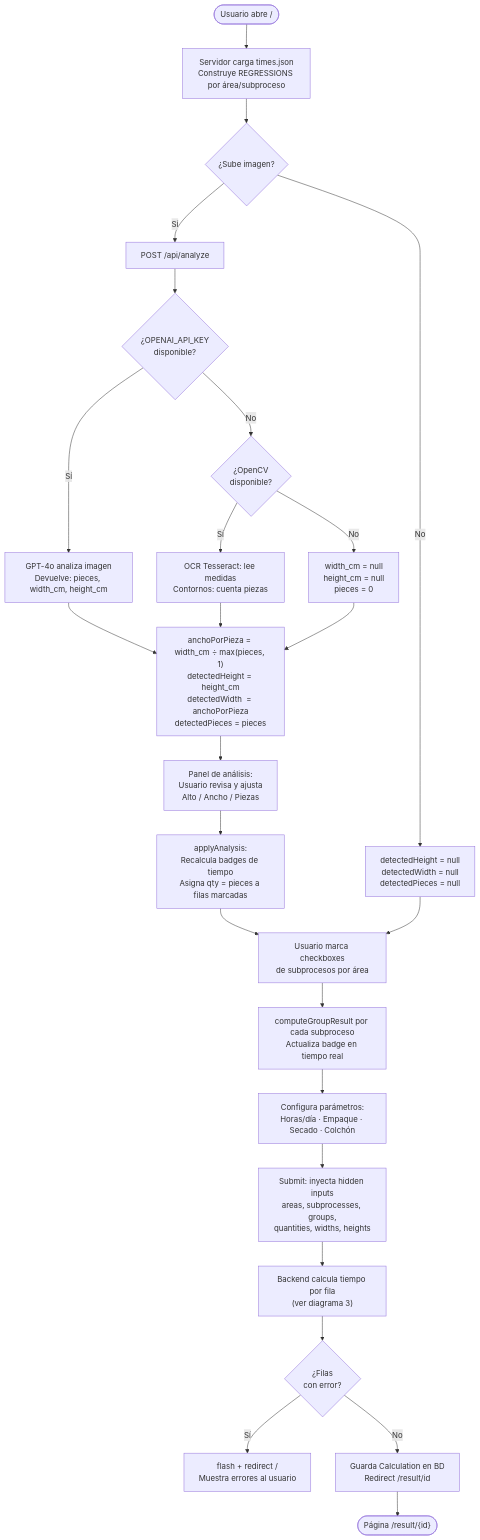
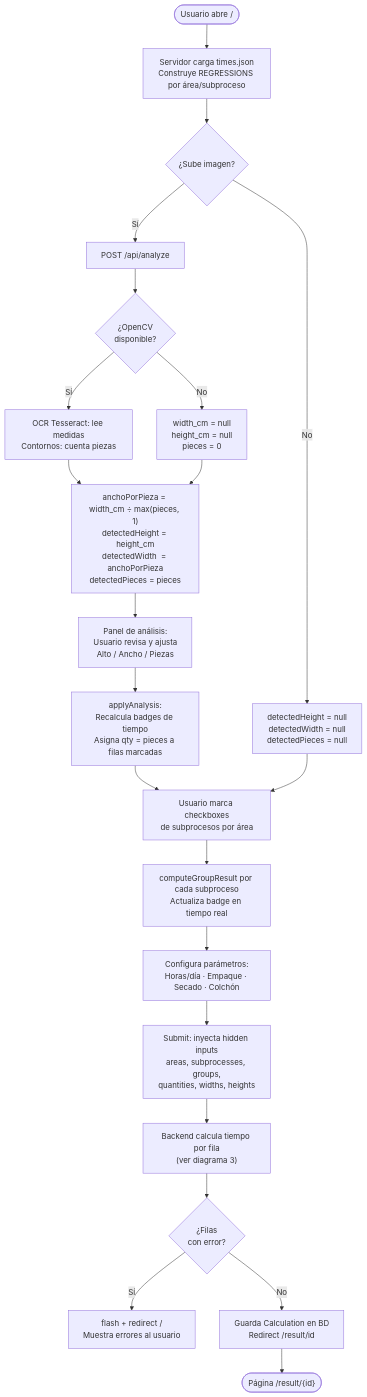
One commit to sistemas3-boop/Calculadora changed the first of 6 diagrams in DIAGRAMA.md. Above: the diagram before and after it, drawn with Mermaid. The commit also changed other lines of this file and 23 other files, not shown here.

````diff
--- a/DIAGRAMA.md
+++ b/DIAGRAMA.md
@@ -9,50 +9,45 @@
 ```mermaid
 flowchart TD
     START(["Usuario abre /"])
     LOAD["Servidor carga times.json\nConstruye REGRESSIONS por área/subproceso"]
     IMG_Q{"¿Sube imagen?"}
     ANALYZE["POST /api/analyze"]
     NO_IMG["detectedHeight = null\ndetectedWidth  = null\ndetectedPieces = null"]
-    AI_Q{"¿OPENAI_API_KEY\ndisponible?"}
-    GPT["GPT-4o analiza imagen\nDevuelve: pieces, width_cm, height_cm"]
     CV2_Q{"¿OpenCV\ndisponible?"}
     OCR_FLOW["OCR Tesseract: lee medidas\nContornos: cuenta piezas"]
     EMPTY["width_cm = null\nheight_cm = null\npieces = 0"]
     CALC_ANCHO["anchoPorPieza = width_cm ÷ max(pieces, 1)\ndetectedHeight = height_cm\ndetectedWidth  = anchoPorPieza\ndetectedPieces = pieces"]
     PANEL["Panel de análisis:\nUsuario revisa y ajusta\nAlto / Ancho / Piezas"]
     APPLY["applyAnalysis:\nRecalcula badges de tiempo\nAsigna qty = pieces a filas marcadas"]
     SELECT["Usuario marca checkboxes\nde subprocesos por área"]
     CGR["computeGroupResult por cada subproceso\nActualiza badge en tiempo real"]
     PARAMS["Configura parámetros:\nHoras/día · Empaque · Secado · Colchón"]
     SUBMIT["Submit: inyecta hidden inputs\nareas, subprocesses, groups,\nquantities, widths, heights"]
     BACKEND_CALC["Backend calcula tiempo por fila\n(ver diagrama 3)"]
     ERR_Q{"¿Filas\ncon error?"}
     FLASH["flash + redirect /\nMuestra errores al usuario"]
     SAVE["Guarda Calculation en BD\nRedirect /result/id"]
     RESULT(["Página /result/{id}"])
 
     START --> LOAD
     LOAD --> IMG_Q
     IMG_Q -- Sí --> ANALYZE
     IMG_Q -- No --> NO_IMG
-    ANALYZE --> AI_Q
-    AI_Q -- Sí --> GPT
-    AI_Q -- No --> CV2_Q
+    ANALYZE --> CV2_Q
     CV2_Q -- Sí --> OCR_FLOW
     CV2_Q -- No --> EMPTY
-    GPT --> CALC_ANCHO
     OCR_FLOW --> CALC_ANCHO
     EMPTY --> CALC_ANCHO
     CALC_ANCHO --> PANEL
     PANEL --> APPLY
     APPLY --> SELECT
     NO_IMG --> SELECT
     SELECT --> CGR
     CGR --> PARAMS
     PARAMS --> SUBMIT
     SUBMIT --> BACKEND_CALC
     BACKEND_CALC --> ERR_Q
     ERR_Q -- Sí --> FLASH
     ERR_Q -- No --> SAVE
     SAVE --> RESULT
 ```
````
